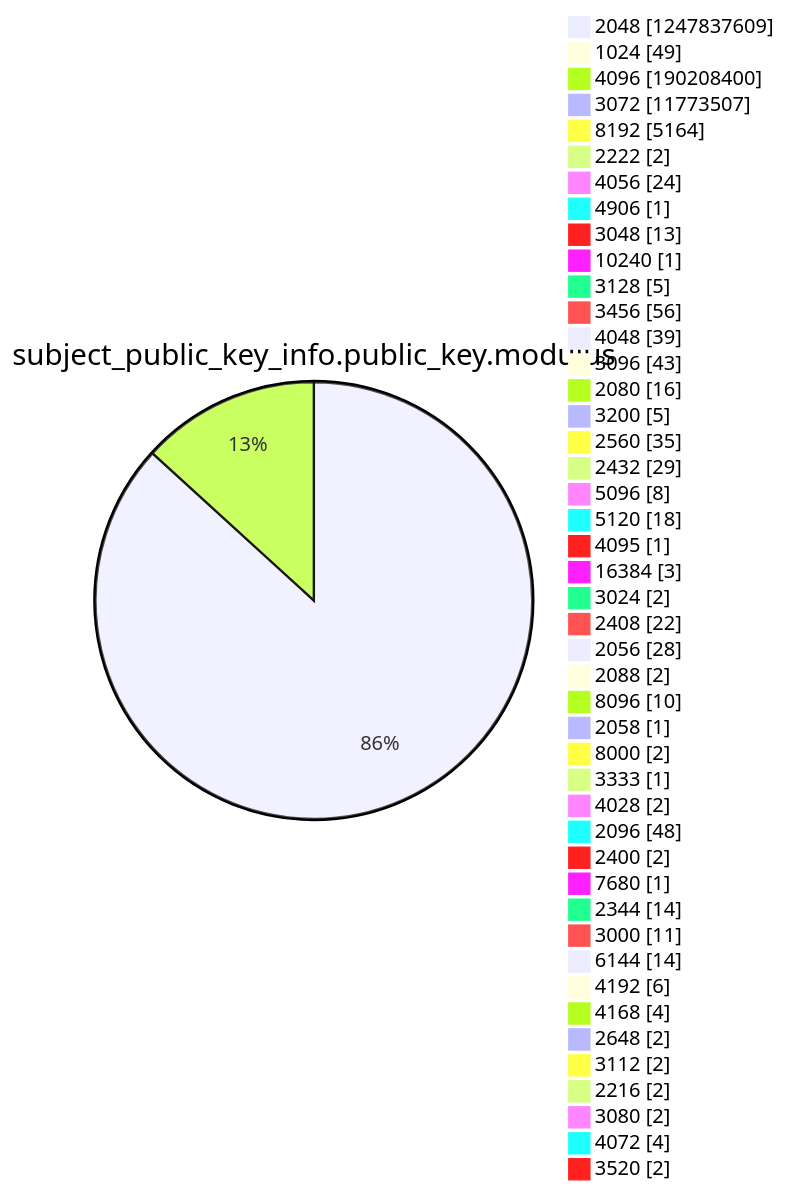
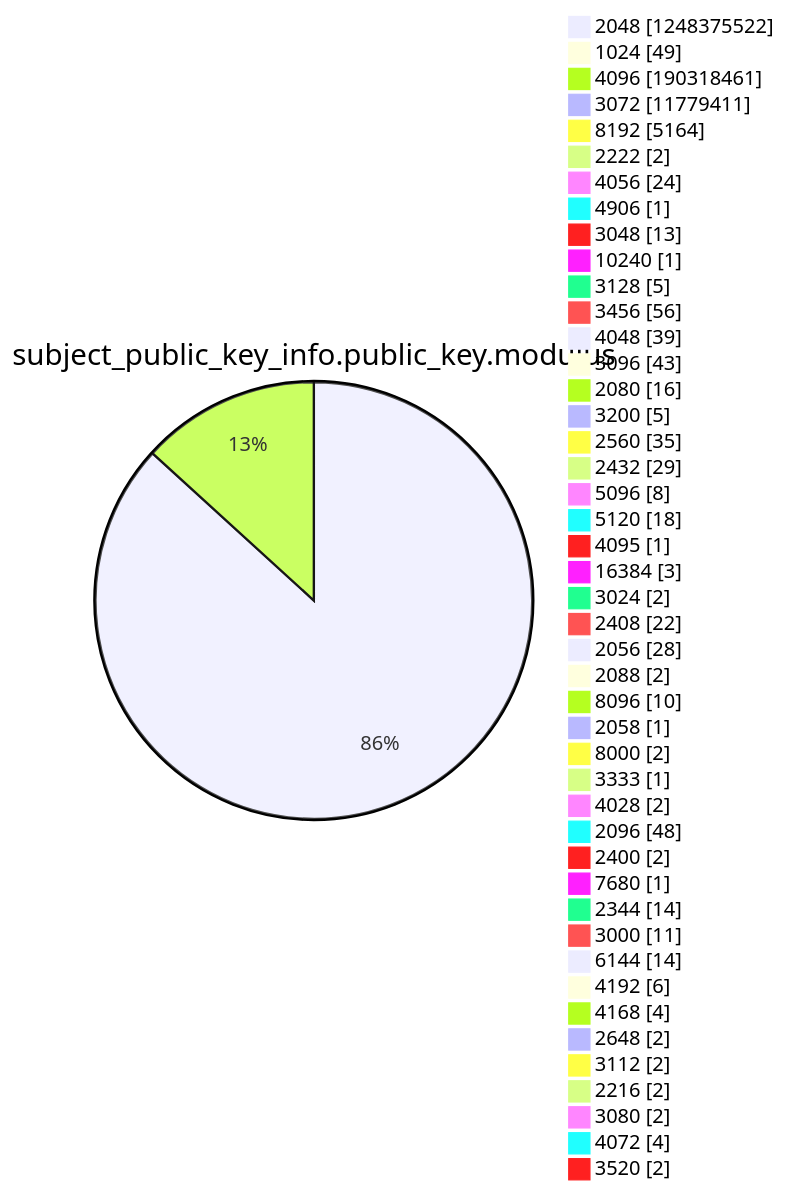
Before and after one commit to christiankrug/ctmonitor_visualization: diagram 13 of 15 in xenon2022/README.md, drawn with Mermaid. The commit also changed other lines of this file, not shown here.

````diff
--- a/xenon2022/README.md
+++ b/xenon2022/README.md
@@ -3919,49 +3919,49 @@
 ```mermaid
 pie showData
 title subject_public_key_info.public_key.modulus
-"2048" :1247837609
+"2048" :1248375522
 "1024" :49
-"4096" :190208400
-"3072" :11773507
+"4096" :190318461
+"3072" :11779411
 "8192" :5164
 "2222" :2
 "4056" :24
 "4906" :1
 "3048" :13
 "10240" :1
 "3128" :5
 "3456" :56
 "4048" :39
 "3096" :43
 "2080" :16
 "3200" :5
 "2560" :35
 "2432" :29
 "5096" :8
 "5120" :18
 "4095" :1
 "16384" :3
 "3024" :2
 "2408" :22
 "2056" :28
 "2088" :2
 "8096" :10
 "2058" :1
 "8000" :2
 "3333" :1
 "4028" :2
 "2096" :48
 "2400" :2
 "7680" :1
 "2344" :14
 "3000" :11
 "6144" :14
 "4192" :6
 "4168" :4
 "2648" :2
 "3112" :2
 "2216" :2
 "3080" :2
 "4072" :4
 "3520" :2
 ```
````
